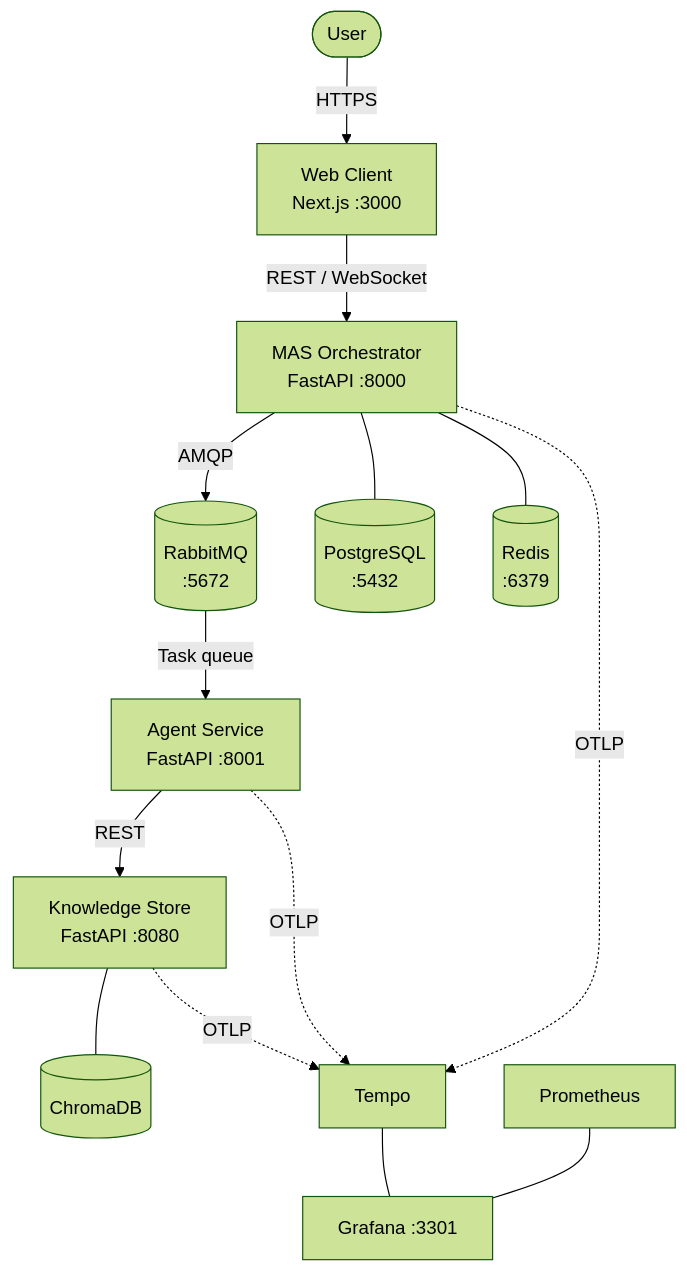
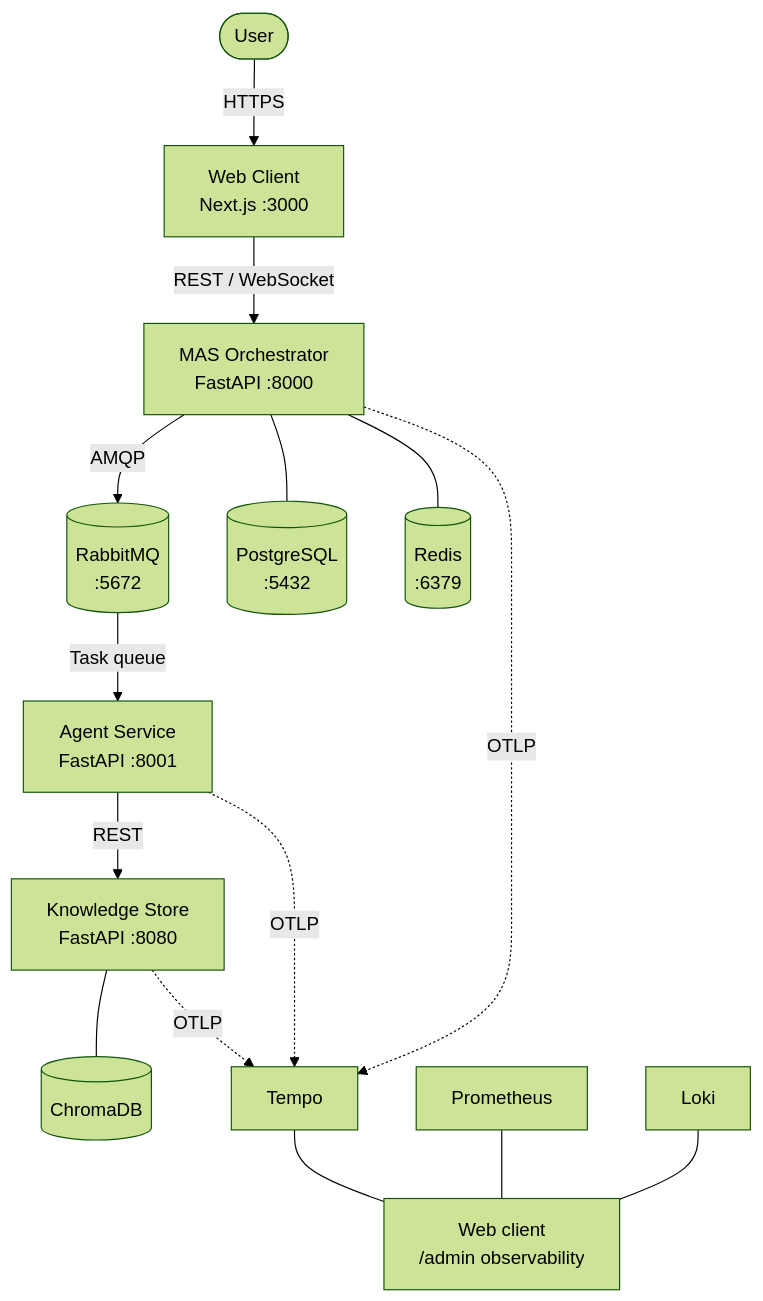
Before and after one commit to Horus-EIP/horus: the diagram in README.md, drawn with Mermaid (forest theme). The commit also changed other lines of this file and 41 other files, not shown here.

First line of the commit message:
[x] Remove Grafana; integrate observability into web client admin pages

````diff
--- a/README.md
+++ b/README.md
@@ -13,16 +13,17 @@
 ```mermaid
 graph TB
     User([User]) -->|HTTPS| Web[Web Client<br/>Next.js :3000]
     Web -->|REST / WebSocket| MAS[MAS Orchestrator<br/>FastAPI :8000]
     MAS -->|AMQP| RMQ[(RabbitMQ<br/>:5672)]
     RMQ -->|Task queue| Agent[Agent Service<br/>FastAPI :8001]
     Agent -->|REST| KS[Knowledge Store<br/>FastAPI :8080]
     KS --- Chroma[(ChromaDB)]
     MAS --- PG[(PostgreSQL<br/>:5432)]
     MAS --- Redis[(Redis<br/>:6379)]
     MAS -.->|OTLP| Tempo[Tempo]
     Agent -.->|OTLP| Tempo
     KS -.->|OTLP| Tempo
-    Tempo --- Grafana[Grafana :3301]
-    Prometheus[Prometheus] --- Grafana
+    Tempo --- Admin[Web client<br/>/admin observability]
+    Prometheus[Prometheus] --- Admin
+    Loki[Loki] --- Admin
 ```
````
